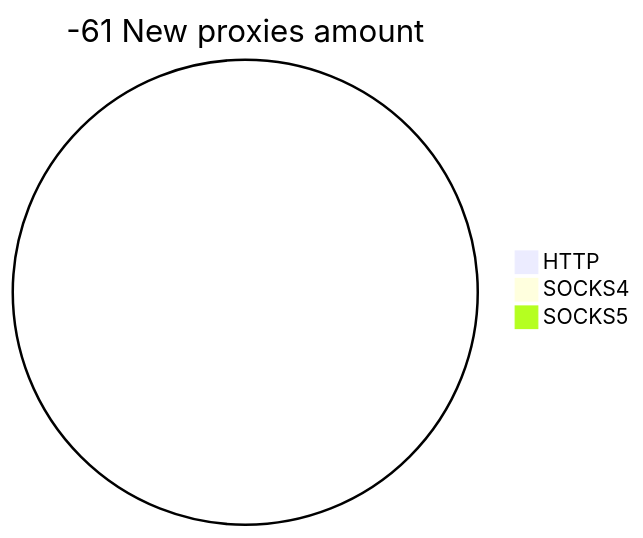
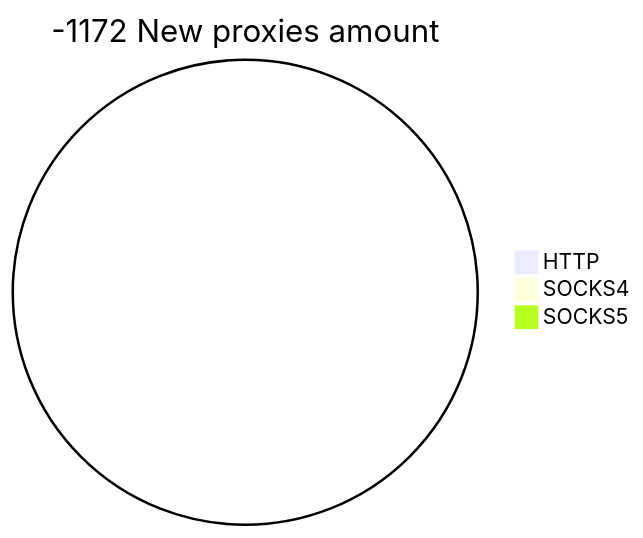
One commit to cutipu/proxylist changed the second of 2 diagrams in README.md. Above: the diagram before and after it, drawn with Mermaid. The commit also changed other lines of this file, not shown here.

````diff
--- a/README.md
+++ b/README.md
@@ -10,6 +10,6 @@
 ```mermaid
-pie title -61 New proxies amount
+pie title -1172 New proxies amount
     "HTTP" : 0
     "SOCKS4" : 0
     "SOCKS5" : 0
 ```
````
